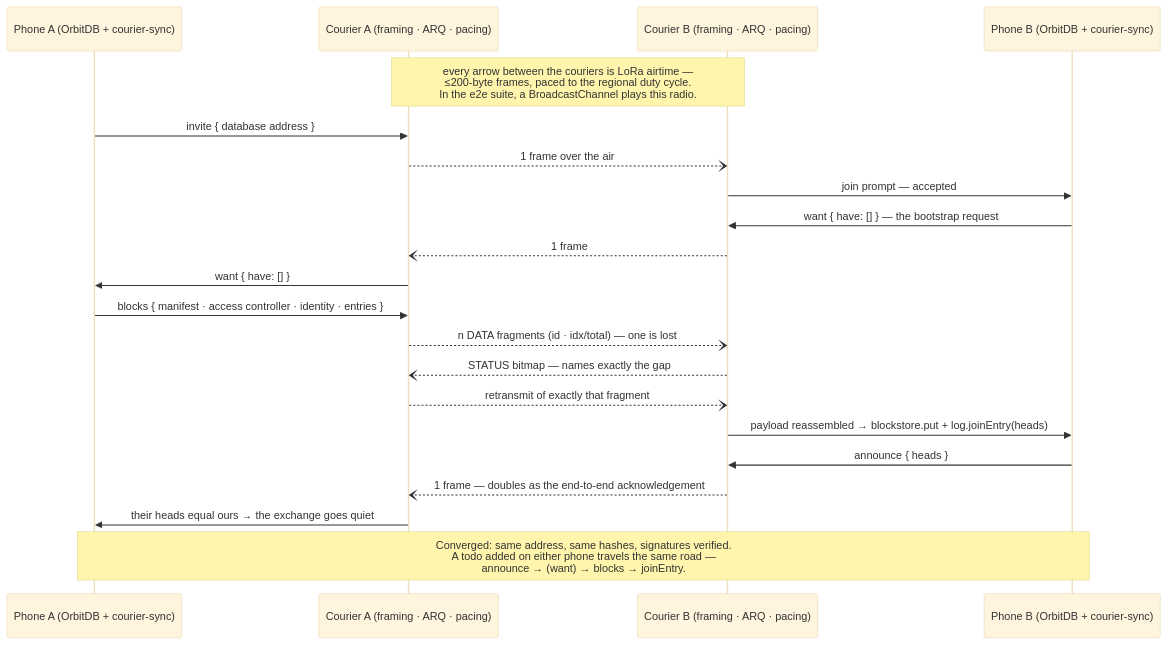
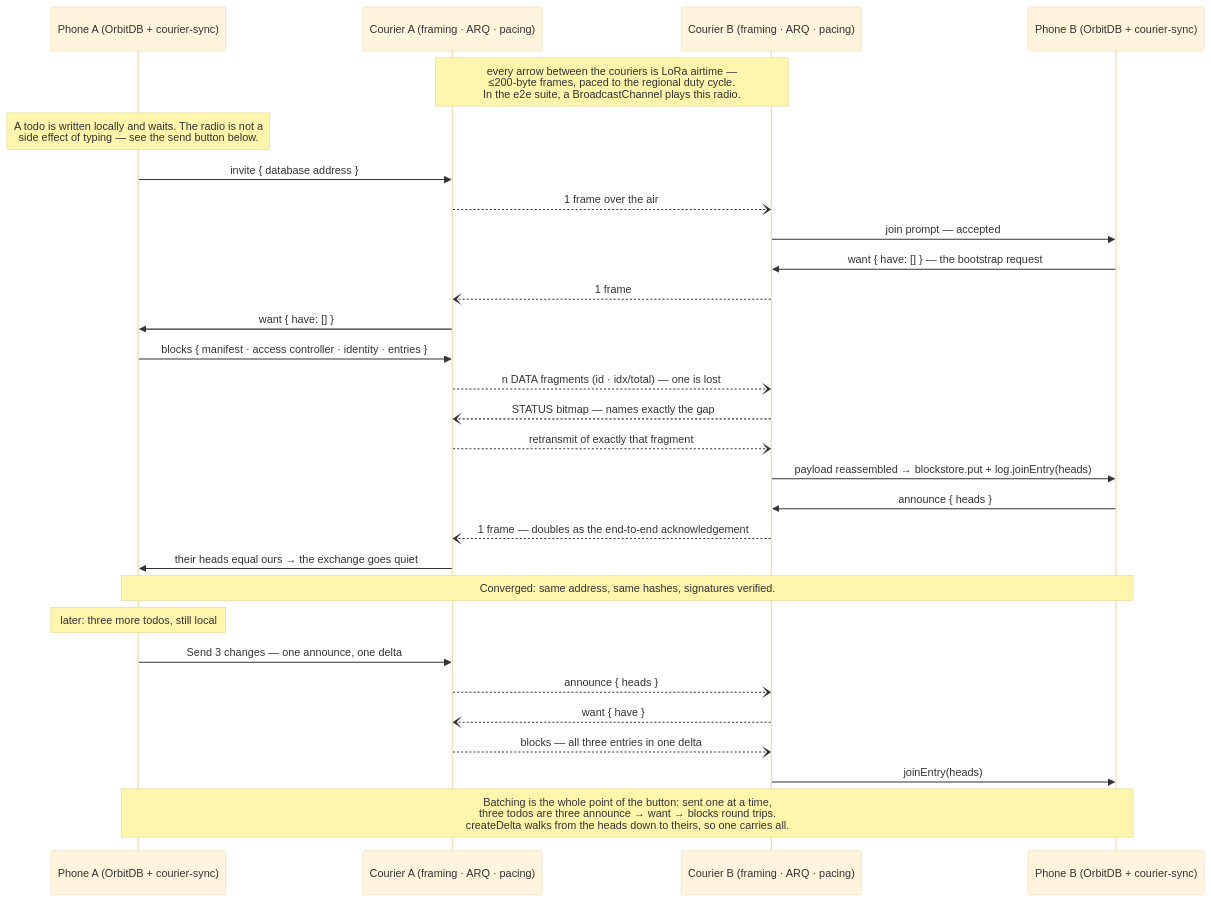
The first of 2 diagrams in docs/data-plane-orbitdb.md (NiKrause/funkpost), drawn with Mermaid (base theme) before and after one commit.

Commit message:
docs: the OrbitDB sequence diagram still showed writes going out by themselves
Its closing note read "a todo added on either phone travels the same road",
which P8a made false: a write lands locally and waits. The diagram now opens
by saying so and closes with the case that argues for the button - three todos
sent in one delta rather than three announce/want/blocks round trips, because
createDelta walks from the heads down to the peer's.

Rendered before committing rather than trusted. Worth doing: the first attempt
at checking it concatenated both mermaid blocks in the file and reported a
parse error that was mine to misread, not the diagram's.

95 unit.

````diff
--- a/docs/data-plane-orbitdb.md
+++ b/docs/data-plane-orbitdb.md
@@ -31,26 +31,37 @@
 ```mermaid
 sequenceDiagram
     participant A as Phone A (OrbitDB + courier-sync)
     participant CA as Courier A (framing · ARQ · pacing)
     participant CB as Courier B (framing · ARQ · pacing)
     participant B as Phone B (OrbitDB + courier-sync)
 
     Note over CA,CB: every arrow between the couriers is LoRa airtime —<br/>≤200-byte frames, paced to the regional duty cycle.<br/>In the e2e suite, a BroadcastChannel plays this radio.
+
+    Note over A: A todo is written locally and waits. The radio is not a<br/>side effect of typing — see the send button below.
 
     A->>CA: invite { database address }
     CA--)CB: 1 frame over the air
     CB->>B: join prompt — accepted
     B->>CB: want { have: [] } — the bootstrap request
     CB--)CA: 1 frame
     CA->>A: want { have: [] }
     A->>CA: blocks { manifest · access controller · identity · entries }
     CA--)CB: n DATA fragments (id · idx/total) — one is lost
     CB--)CA: STATUS bitmap — names exactly the gap
     CA--)CB: retransmit of exactly that fragment
     CB->>B: payload reassembled → blockstore.put + log.joinEntry(heads)
     B->>CB: announce { heads }
     CB--)CA: 1 frame — doubles as the end-to-end acknowledgement
     CA->>A: their heads equal ours → the exchange goes quiet
 
-    Note over A,B: Converged: same address, same hashes, signatures verified.<br/>A todo added on either phone travels the same road —<br/>announce → (want) → blocks → joinEntry.
+    Note over A,B: Converged: same address, same hashes, signatures verified.
+
+    Note over A: later: three more todos, still local
+    A->>CA: Send 3 changes — one announce, one delta
+    CA--)CB: announce { heads }
+    CB--)CA: want { have }
+    CA--)CB: blocks — all three entries in one delta
+    CB->>B: joinEntry(heads)
+
+    Note over A,B: Batching is the whole point of the button: sent one at a time,<br/>three todos are three announce → want → blocks round trips.<br/>createDelta walks from the heads down to theirs, so one carries all.
 ```
````
